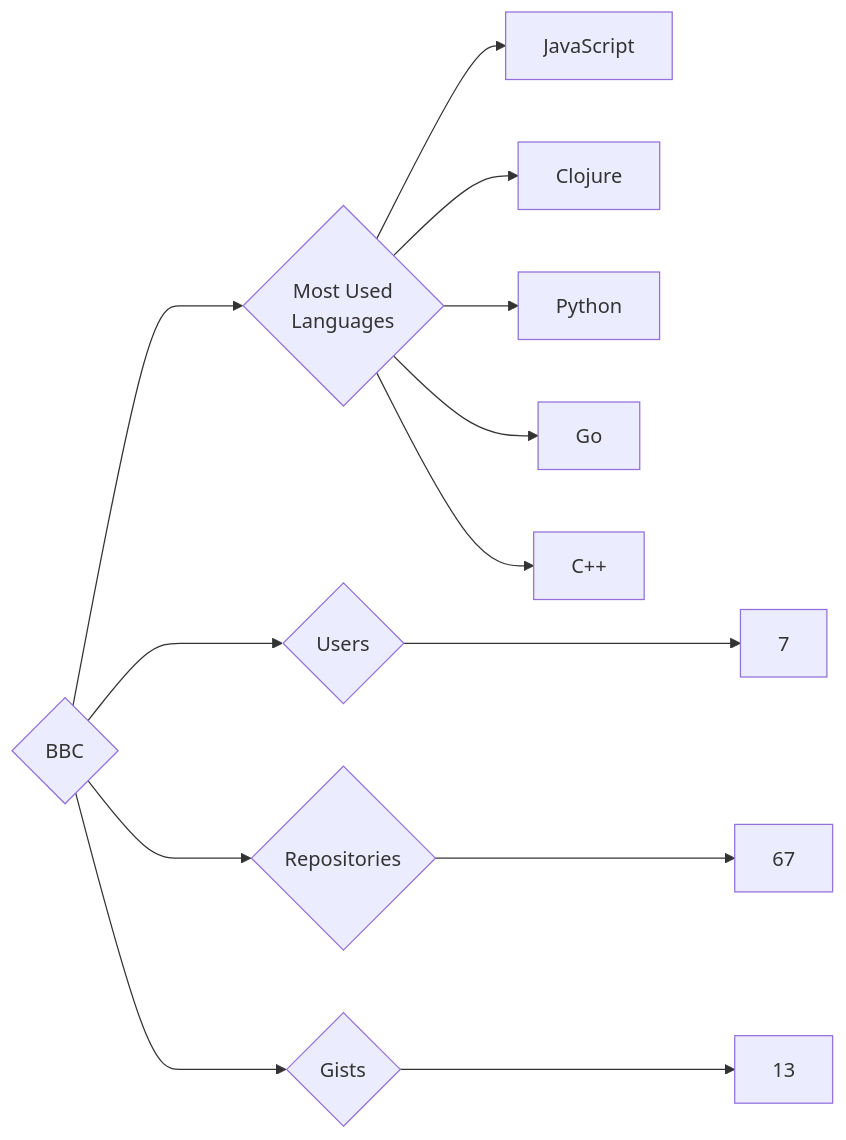
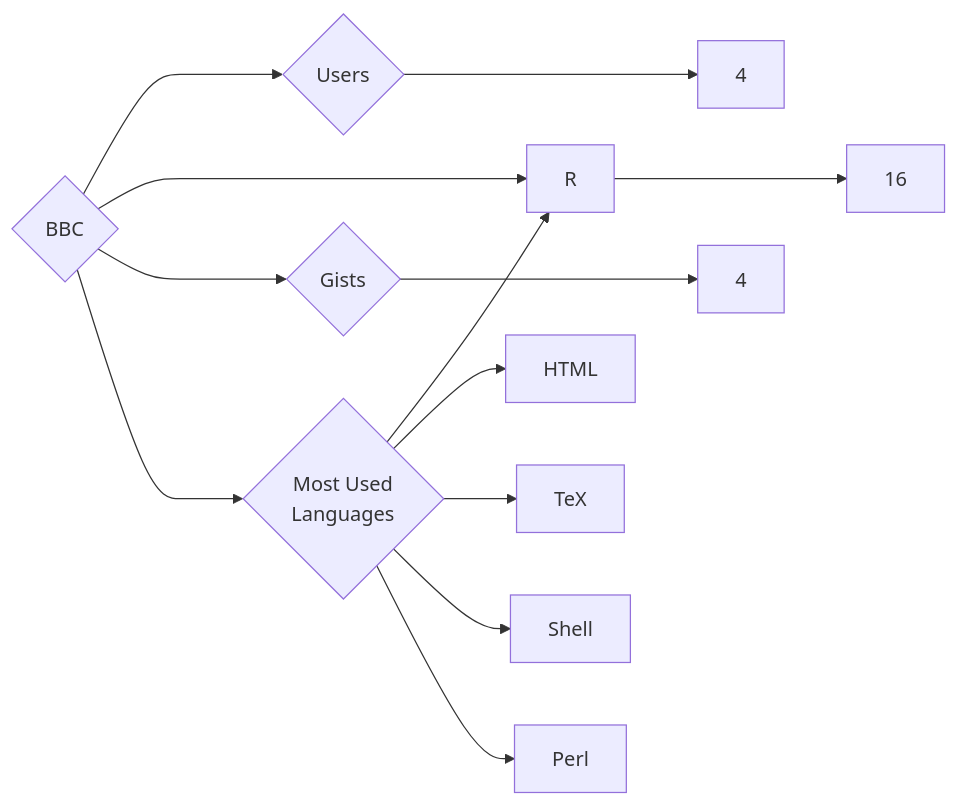
One commit to trickest/insiders changed the diagram in targets/BBC/README.md. Above: the diagram before and after it, drawn with Mermaid. The commit also changed 993 other files, not shown here.

````diff
--- a/targets/BBC/README.md
+++ b/targets/BBC/README.md
@@ -3,13 +3,13 @@
 ```mermaid
 graph LR
 COMPANY_NAME{BBC}
-COMPANY_NAME ---> U{Users} ---> UN[7]
-COMPANY_NAME ---> R{Repositories} ---> RN[67]
-COMPANY_NAME ---> G{Gists} ---> GN[13]
+COMPANY_NAME ---> U{Users} ---> UN[4]
+COMPANY_NAME ---> R{Repositories} ---> RN[16]
+COMPANY_NAME ---> G{Gists} ---> GN[4]
 COMPANY_NAME ---> ML{Most Used<br>Languages}
-ML --> JavaScript[JavaScript]
-ML --> Clojure[Clojure]
-ML --> Python[Python]
-ML --> Go[Go]
-ML --> C++[C++]
+ML --> R[R]
+ML --> HTML[HTML]
+ML --> TeX[TeX]
+ML --> Shell[Shell]
+ML --> Perl[Perl]
 ```
````
